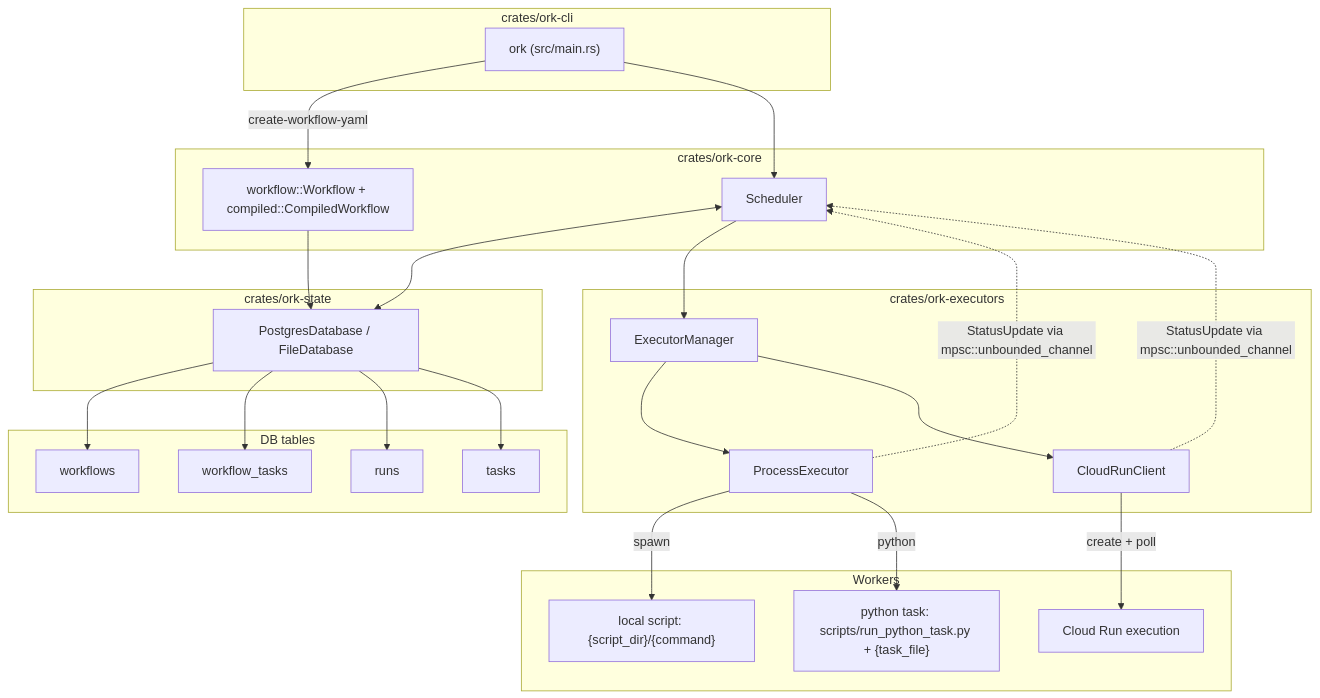
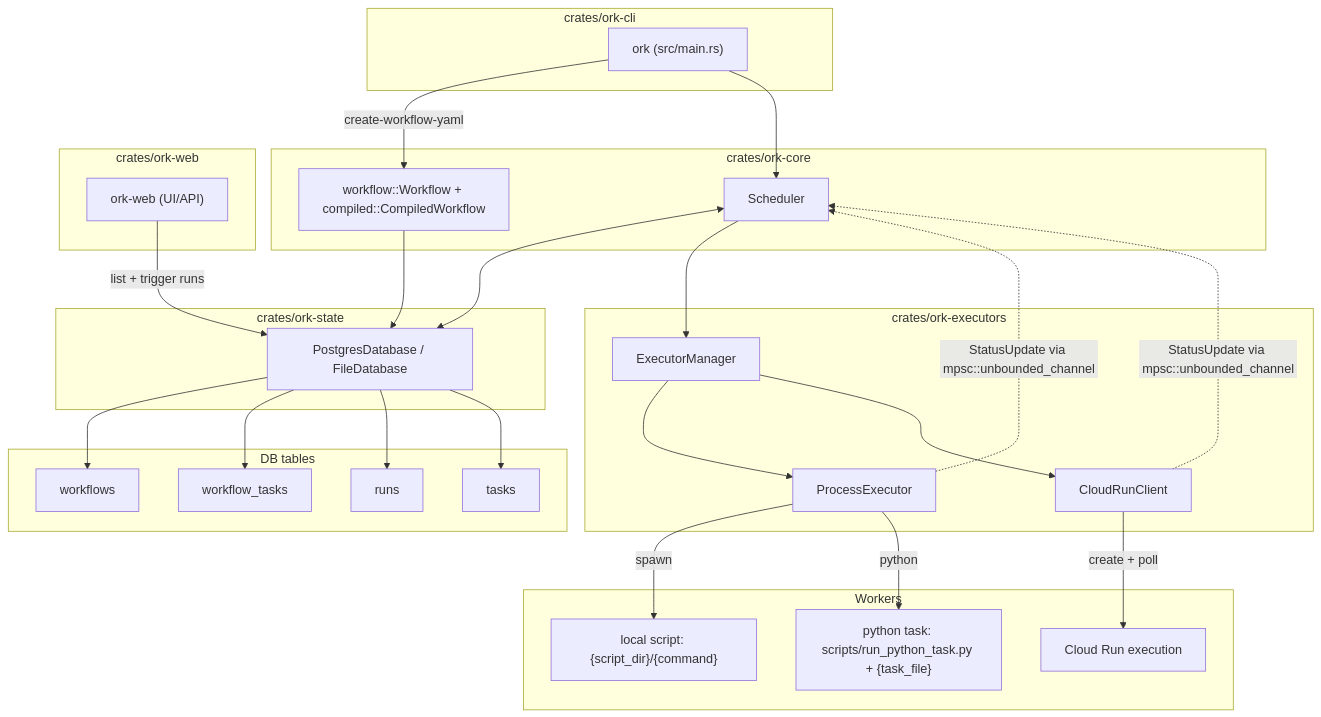
Before and after one commit to gajop/ork: the first of 4 diagrams in docs/dev/architecture.md, drawn with Mermaid. The commit also changed other lines of this file and 42 other files, not shown here.

Commit message:
Wire ork-web to DB-backed scheduler

````diff
--- a/docs/dev/architecture.md
+++ b/docs/dev/architecture.md
@@ -7,51 +7,56 @@
 ```mermaid
 graph TB
     subgraph CLI["crates/ork-cli"]
         OrkCLI["ork (src/main.rs)"]
     end
 
     subgraph Core["crates/ork-core"]
         Scheduler["Scheduler<D,E>"]
         Compiler["workflow::Workflow + compiled::CompiledWorkflow"]
     end
 
     subgraph State["crates/ork-state"]
         DB["PostgresDatabase / FileDatabase"]
     end
 
     subgraph Tables["DB tables"]
         Workflows["workflows"]
         WorkflowTasks["workflow_tasks"]
         Runs["runs"]
         Tasks["tasks"]
     end
 
     subgraph Executors["crates/ork-executors"]
         ExecMgr["ExecutorManager"]
         ProcExec["ProcessExecutor"]
         CloudExec["CloudRunClient"]
     end
 
+    subgraph Web["crates/ork-web"]
+        WebUI["ork-web (UI/API)"]
+    end
+
     subgraph Workers["Workers"]
         LocalJob["local script: {script_dir}/{command}"]
         PyTask["python task: scripts/run_python_task.py + {task_file}"]
         CloudJob["Cloud Run execution"]
     end
 
     OrkCLI -->|create-workflow-yaml| Compiler
     Compiler --> DB
     DB --> Workflows
     DB --> WorkflowTasks
     OrkCLI --> Scheduler
     Scheduler <--> DB
     DB --> Runs
     DB --> Tasks
     Scheduler --> ExecMgr
     ExecMgr --> ProcExec
     ExecMgr --> CloudExec
     ProcExec -->|spawn| LocalJob
     ProcExec -->|python| PyTask
     CloudExec -->|create + poll| CloudJob
     ProcExec -. "StatusUpdate via mpsc::unbounded_channel" .-> Scheduler
     CloudExec -. "StatusUpdate via mpsc::unbounded_channel" .-> Scheduler
+    WebUI -->|list + trigger runs| DB
 ```
````
